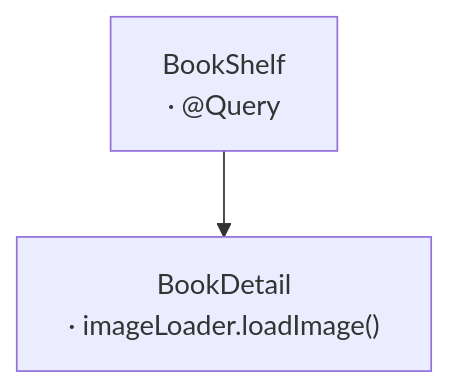
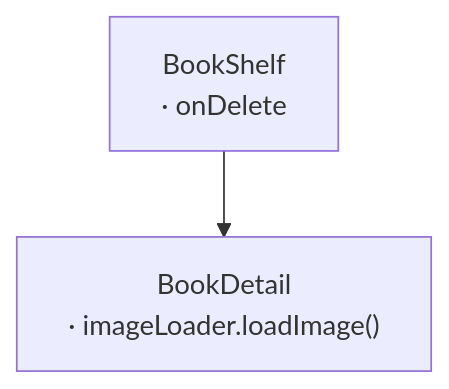
Before and after one commit to sisoje/hypermodular: the fifth of 8 diagrams in hypermodular/SKILL.md, drawn with Mermaid. The commit also changed other lines of this file and 7 other files, not shown here.

````diff
--- a/hypermodular/SKILL.md
+++ b/hypermodular/SKILL.md
@@ -166,5 +194,5 @@
 ```mermaid
-%% Root: BookShelf · Parent: Tabs (../MAP.md)
+%% Root: BookShelf · Parent: Library (../MAP.md)
 flowchart TD
-    BookShelf["BookShelf<br/>· @Query"] --> BookDetail["BookDetail<br/>· imageLoader.loadImage()"]
+    BookShelf["BookShelf<br/>· onDelete"] --> BookDetail["BookDetail<br/>· imageLoader.loadImage()"]
 ```
````
